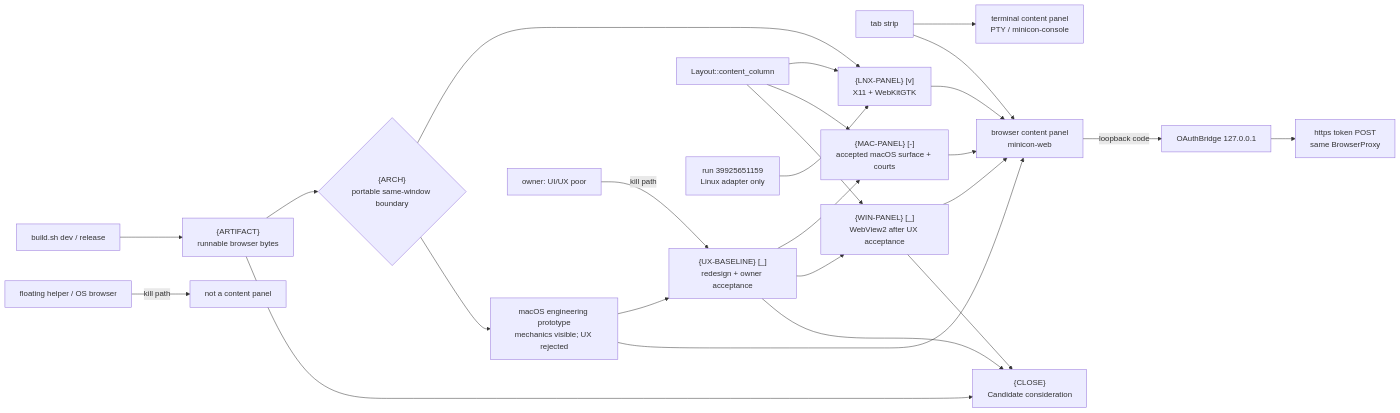
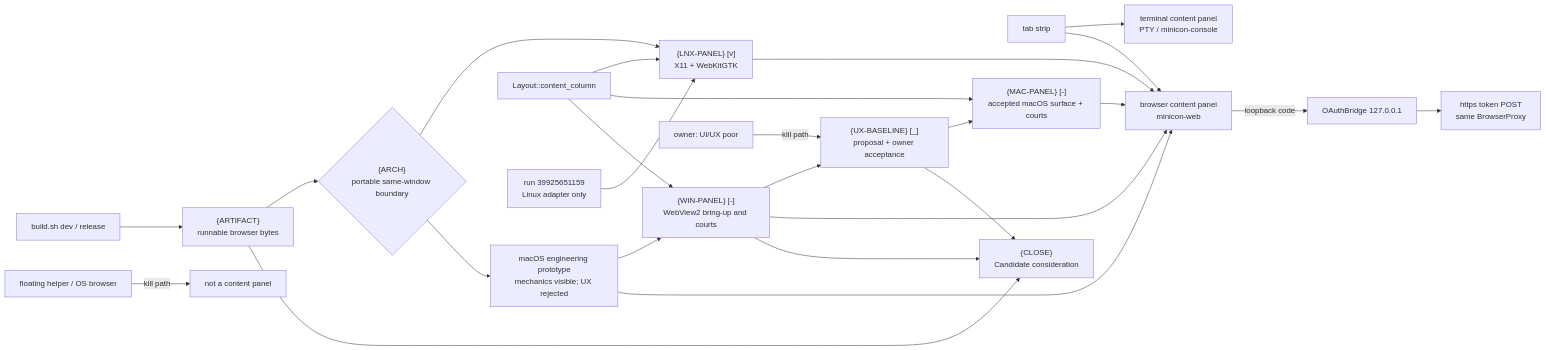
Before and after one commit to partnernetsoftware/minicon: the second of 2 diagrams in plan/plan-v0.2.21.md, drawn with Mermaid. The commit also changed other lines of this file and 17 other files, not shown here.

````diff
--- a/plan/plan-v0.2.21.md
+++ b/plan/plan-v0.2.21.md
@@ -196,27 +200,27 @@
 ```mermaid
 flowchart LR
     TAB["tab strip"] --> TERM["terminal content panel<br/>PTY / minicon-console"]
     TAB --> WEB["browser content panel<br/>minicon-web"]
     CANON["build.sh dev / release"] --> ART["{ARTIFACT}<br/>runnable browser bytes"]
     ART --> ARCH{"{ARCH}<br/>portable same-window boundary"}
     ARCH --> LNX["{LNX-PANEL} [v]<br/>X11 + WebKitGTK"]
     ARCH --> PROTO["macOS engineering prototype<br/>mechanics visible; UX rejected"]
-    PROTO --> UX["{UX-BASELINE} [_]<br/>redesign + owner acceptance"]
+    PROTO --> WIN["{WIN-PANEL} [-]<br/>WebView2 bring-up and courts"]
+    WIN --> UX["{UX-BASELINE} [_]<br/>proposal + owner acceptance"]
     UX --> MAC["{MAC-PANEL} [-]<br/>accepted macOS surface + courts"]
-    UX --> WIN["{WIN-PANEL} [_]<br/>WebView2 after UX acceptance"]
     LNX --> WEB
     PROTO --> WEB
     MAC --> WEB
     WIN --> WEB
     WEB -->|"loopback code"| BRIDGE["OAuthBridge 127.0.0.1"]
     BRIDGE --> POST["https token POST<br/>same BrowserProxy"]
     LAYOUT["Layout::content_column"] --> LNX
     LAYOUT --> MAC
     LAYOUT --> WIN
     COURT["run 39925651159<br/>Linux adapter only"] --> LNX
     FLOAT["floating helper / OS browser"] -->|"kill path"| REJECT["not a content panel"]
     REJECTUX["owner: UI/UX poor"] -->|"kill path"| UX
     UX --> CLOSE["{CLOSE}<br/>Candidate consideration"]
     WIN --> CLOSE
     ART --> CLOSE
 ```
````
